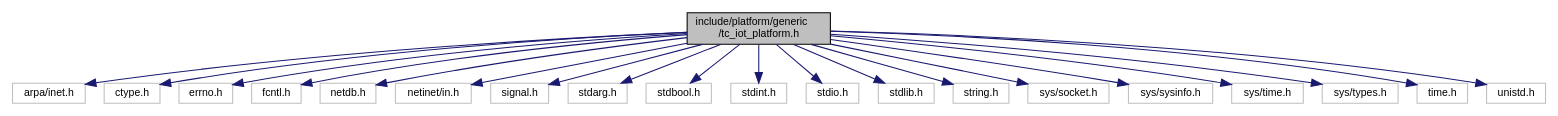
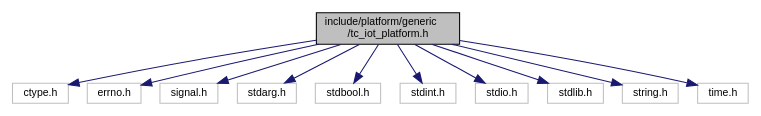
The diagram in docs/sdk/generic_2tc__iot__platform_8h__incl.dot (tencentyun/tencent-cloud-iotsuite-embedded-c), drawn with Graphviz before and after one commit. The commit also changed 20 other files, not shown here.

```diff
--- a/docs/sdk/generic_2tc__iot__platform_8h__incl.dot
+++ b/docs/sdk/generic_2tc__iot__platform_8h__incl.dot
@@ -1,44 +1,26 @@
 digraph "include/platform/generic/tc_iot_platform.h"
 {
   edge [fontname="Helvetica",fontsize="10",labelfontname="Helvetica",labelfontsize="10"];
   node [fontname="Helvetica",fontsize="10",shape=record];
   Node1 [label="include/platform/generic\l/tc_iot_platform.h",height=0.2,width=0.4,color="black", fillcolor="grey75", style="filled", fontcolor="black"];
   Node1 -> Node2 [color="midnightblue",fontsize="10",style="solid",fontname="Helvetica"];
-  Node2 [label="arpa/inet.h",height=0.2,width=0.4,color="grey75", fillcolor="white", style="filled"];
+  Node2 [label="ctype.h",height=0.2,width=0.4,color="grey75", fillcolor="white", style="filled"];
   Node1 -> Node3 [color="midnightblue",fontsize="10",style="solid",fontname="Helvetica"];
-  Node3 [label="ctype.h",height=0.2,width=0.4,color="grey75", fillcolor="white", style="filled"];
+  Node3 [label="errno.h",height=0.2,width=0.4,color="grey75", fillcolor="white", style="filled"];
   Node1 -> Node4 [color="midnightblue",fontsize="10",style="solid",fontname="Helvetica"];
-  Node4 [label="errno.h",height=0.2,width=0.4,color="grey75", fillcolor="white", style="filled"];
+  Node4 [label="signal.h",height=0.2,width=0.4,color="grey75", fillcolor="white", style="filled"];
   Node1 -> Node5 [color="midnightblue",fontsize="10",style="solid",fontname="Helvetica"];
-  Node5 [label="fcntl.h",height=0.2,width=0.4,color="grey75", fillcolor="white", style="filled"];
+  Node5 [label="stdarg.h",height=0.2,width=0.4,color="grey75", fillcolor="white", style="filled"];
   Node1 -> Node6 [color="midnightblue",fontsize="10",style="solid",fontname="Helvetica"];
-  Node6 [label="netdb.h",height=0.2,width=0.4,color="grey75", fillcolor="white", style="filled"];
+  Node6 [label="stdbool.h",height=0.2,width=0.4,color="grey75", fillcolor="white", style="filled"];
   Node1 -> Node7 [color="midnightblue",fontsize="10",style="solid",fontname="Helvetica"];
-  Node7 [label="netinet/in.h",height=0.2,width=0.4,color="grey75", fillcolor="white", style="filled"];
+  Node7 [label="stdint.h",height=0.2,width=0.4,color="grey75", fillcolor="white", style="filled"];
   Node1 -> Node8 [color="midnightblue",fontsize="10",style="solid",fontname="Helvetica"];
-  Node8 [label="signal.h",height=0.2,width=0.4,color="grey75", fillcolor="white", style="filled"];
+  Node8 [label="stdio.h",height=0.2,width=0.4,color="grey75", fillcolor="white", style="filled"];
   Node1 -> Node9 [color="midnightblue",fontsize="10",style="solid",fontname="Helvetica"];
-  Node9 [label="stdarg.h",height=0.2,width=0.4,color="grey75", fillcolor="white", style="filled"];
+  Node9 [label="stdlib.h",height=0.2,width=0.4,color="grey75", fillcolor="white", style="filled"];
   Node1 -> Node10 [color="midnightblue",fontsize="10",style="solid",fontname="Helvetica"];
-  Node10 [label="stdbool.h",height=0.2,width=0.4,color="grey75", fillcolor="white", style="filled"];
+  Node10 [label="string.h",height=0.2,width=0.4,color="grey75", fillcolor="white", style="filled"];
   Node1 -> Node11 [color="midnightblue",fontsize="10",style="solid",fontname="Helvetica"];
-  Node11 [label="stdint.h",height=0.2,width=0.4,color="grey75", fillcolor="white", style="filled"];
-  Node1 -> Node12 [color="midnightblue",fontsize="10",style="solid",fontname="Helvetica"];
-  Node12 [label="stdio.h",height=0.2,width=0.4,color="grey75", fillcolor="white", style="filled"];
-  Node1 -> Node13 [color="midnightblue",fontsize="10",style="solid",fontname="Helvetica"];
-  Node13 [label="stdlib.h",height=0.2,width=0.4,color="grey75", fillcolor="white", style="filled"];
-  Node1 -> Node14 [color="midnightblue",fontsize="10",style="solid",fontname="Helvetica"];
-  Node14 [label="string.h",height=0.2,width=0.4,color="grey75", fillcolor="white", style="filled"];
-  Node1 -> Node15 [color="midnightblue",fontsize="10",style="solid",fontname="Helvetica"];
-  Node15 [label="sys/socket.h",height=0.2,width=0.4,color="grey75", fillcolor="white", style="filled"];
-  Node1 -> Node16 [color="midnightblue",fontsize="10",style="solid",fontname="Helvetica"];
-  Node16 [label="sys/sysinfo.h",height=0.2,width=0.4,color="grey75", fillcolor="white", style="filled"];
-  Node1 -> Node17 [color="midnightblue",fontsize="10",style="solid",fontname="Helvetica"];
-  Node17 [label="sys/time.h",height=0.2,width=0.4,color="grey75", fillcolor="white", style="filled"];
-  Node1 -> Node18 [color="midnightblue",fontsize="10",style="solid",fontname="Helvetica"];
-  Node18 [label="sys/types.h",height=0.2,width=0.4,color="grey75", fillcolor="white", style="filled"];
-  Node1 -> Node19 [color="midnightblue",fontsize="10",style="solid",fontname="Helvetica"];
-  Node19 [label="time.h",height=0.2,width=0.4,color="grey75", fillcolor="white", style="filled"];
-  Node1 -> Node20 [color="midnightblue",fontsize="10",style="solid",fontname="Helvetica"];
-  Node20 [label="unistd.h",height=0.2,width=0.4,color="grey75", fillcolor="white", style="filled"];
+  Node11 [label="time.h",height=0.2,width=0.4,color="grey75", fillcolor="white", style="filled"];
 }
```
